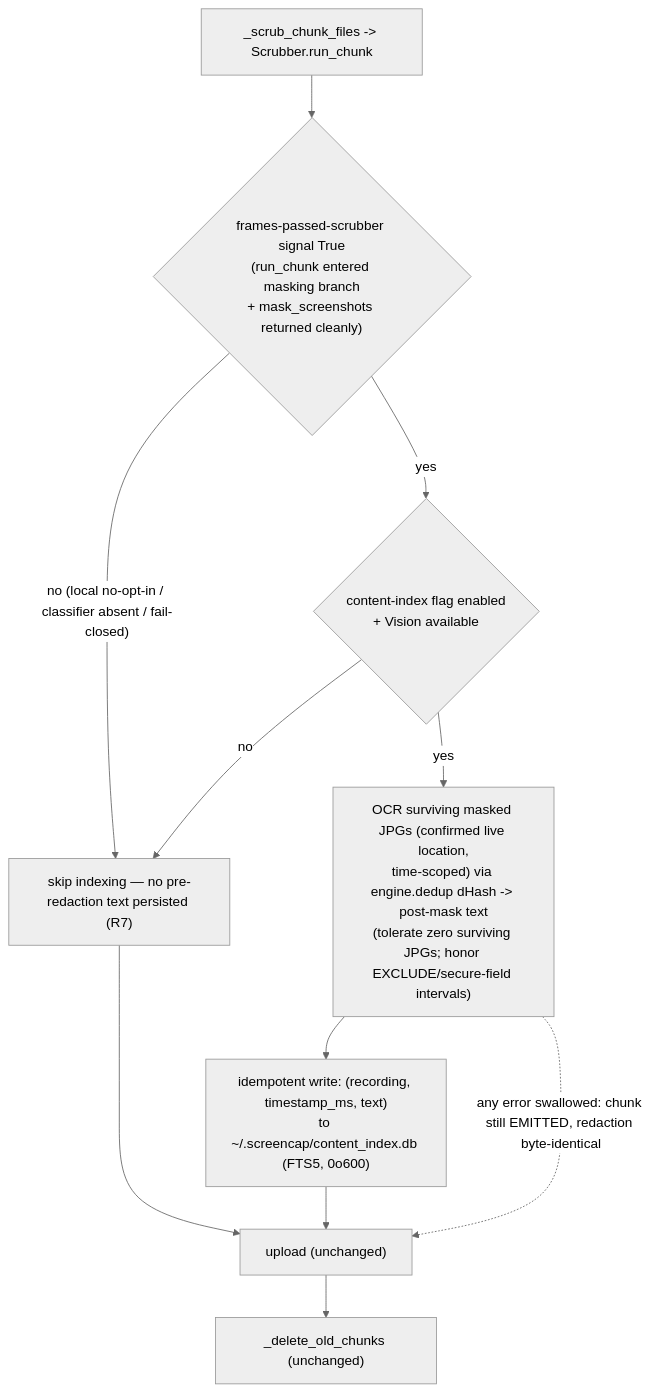
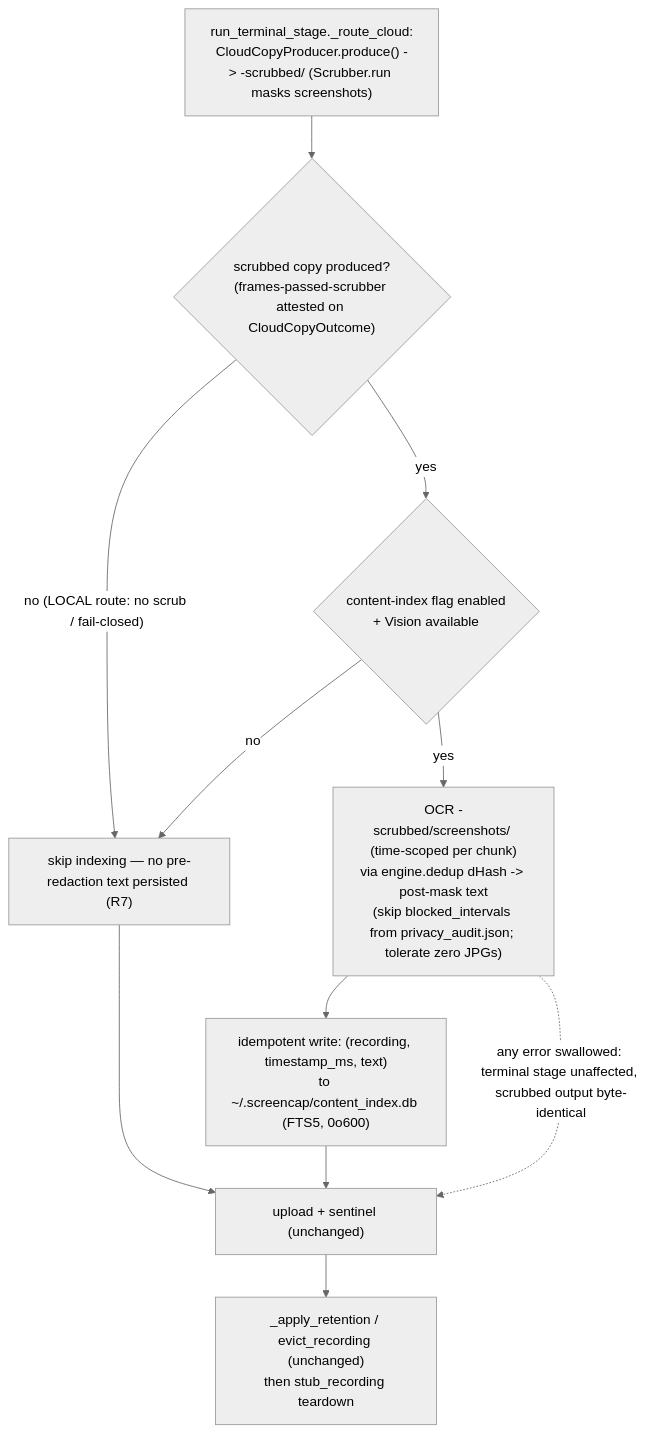
One commit to eeshsaxena/screencap changed the first of 2 diagrams in docs/plans/2026-06-05-001-feat-mcp-agent-memory-content-index-plan.md. Above: the diagram before and after it, drawn with Mermaid (neutral theme). The commit also changed other lines of this file and 9 other files, not shown here.

````diff
--- a/docs/plans/2026-06-05-001-feat-mcp-agent-memory-content-index-plan.md
+++ b/docs/plans/2026-06-05-001-feat-mcp-agent-memory-content-index-plan.md
@@ -174,14 +211,14 @@
 ```mermaid
 flowchart TB
-    SCRUB["_scrub_chunk_files -> Scrubber.run_chunk"] --> RES{"frames-passed-scrubber signal True\n(run_chunk entered masking branch\n+ mask_screenshots returned cleanly)"}
-    RES -- no (local no-opt-in / classifier absent / fail-closed) --> SKIP["skip indexing — no pre-redaction text persisted (R7)"]
+    PRODUCE["run_terminal_stage._route_cloud:\nCloudCopyProducer.produce() -> <name>-scrubbed/ (Scrubber.run masks screenshots)"] --> RES{"scrubbed copy produced?\n(frames-passed-scrubber attested on CloudCopyOutcome)"}
+    RES -- no (LOCAL route: no scrub / fail-closed) --> SKIP["skip indexing — no pre-redaction text persisted (R7)"]
     RES -- yes --> FLAG{"content-index flag enabled\n+ Vision available"}
     FLAG -- no --> SKIP
-    FLAG -- yes --> IDX["OCR surviving masked JPGs (confirmed live location,\ntime-scoped) via engine.dedup dHash -> post-mask text\n(tolerate zero surviving JPGs; honor EXCLUDE/secure-field intervals)"]
+    FLAG -- yes --> IDX["OCR <name>-scrubbed/screenshots/ (time-scoped per chunk)\nvia engine.dedup dHash -> post-mask text\n(skip blocked_intervals from privacy_audit.json; tolerate zero JPGs)"]
     IDX --> WRITE["idempotent write: (recording, timestamp_ms, text)\nto ~/.screencap/content_index.db (FTS5, 0o600)"]
-    SKIP --> UP["upload (unchanged)"]
+    SKIP --> UP["upload + sentinel (unchanged)"]
     WRITE --> UP
-    UP --> DEL["_delete_old_chunks (unchanged)"]
+    UP --> DEL["_apply_retention / evict_recording (unchanged)\nthen stub_recording teardown"]
 
-    IDX -. any error swallowed: chunk still EMITTED, redaction byte-identical .-> UP
+    IDX -. any error swallowed: terminal stage unaffected, scrubbed output byte-identical .-> UP
 ```
````
